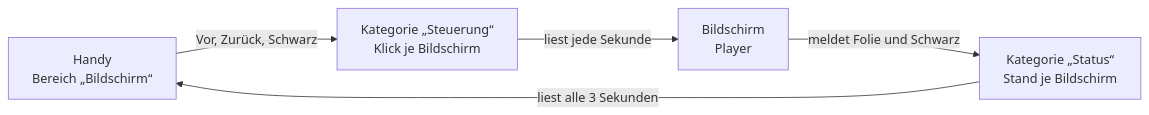
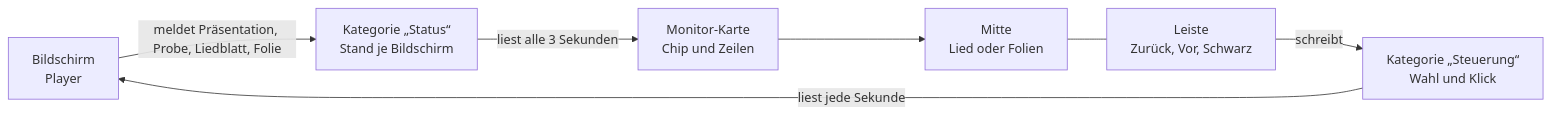
Before and after one commit to wirsindcgks/churchtools-infoscreen: the third of 4 diagrams in docs/Funktionen.md, drawn with Mermaid. The commit also changed other lines of this file and 36 other files, not shown here.

First line of the commit message:
Handyseite: Monitor-Karte, Probe als Aktion, feste Leiste (Punkt 135 C und D) (#425)

````diff
--- a/docs/Funktionen.md
+++ b/docs/Funktionen.md
@@ -277,11 +282,15 @@
 ```mermaid
 flowchart LR
-    H["Handy<br>Bereich „Bildschirm“"]
-    S["Kategorie „Steuerung“<br>Klick je Bildschirm"]
     B["Bildschirm<br>Player"]
     T["Kategorie „Status“<br>Stand je Bildschirm"]
-    H -->|"Vor, Zurück, Schwarz"| S
+    K["Monitor-Karte<br>Chip und Zeilen"]
+    M["Mitte<br>Lied oder Folien"]
+    L["Leiste<br>Zurück, Vor, Schwarz"]
+    S["Kategorie „Steuerung“<br>Wahl und Klick"]
+    B -->|"meldet Präsentation, Probe, Liedblatt, Folie"| T
+    T -->|"liest alle 3 Sekunden"| K
+    K --> M
+    M --- L
+    L -->|"schreibt"| S
     S -->|"liest jede Sekunde"| B
-    B -->|"meldet Folie und Schwarz"| T
-    T -->|"liest alle 3 Sekunden"| H
 ```
````
